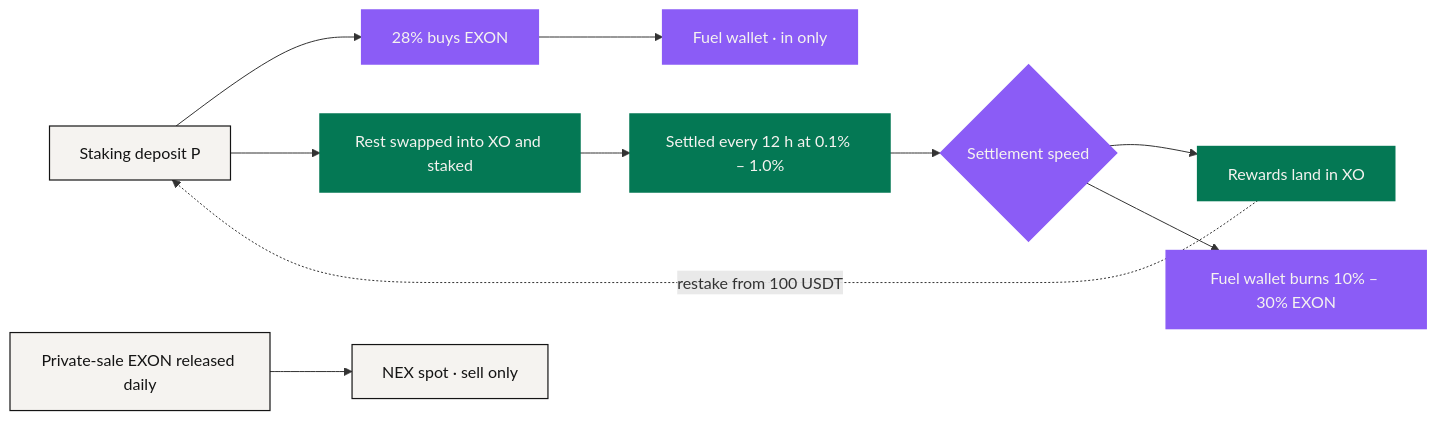
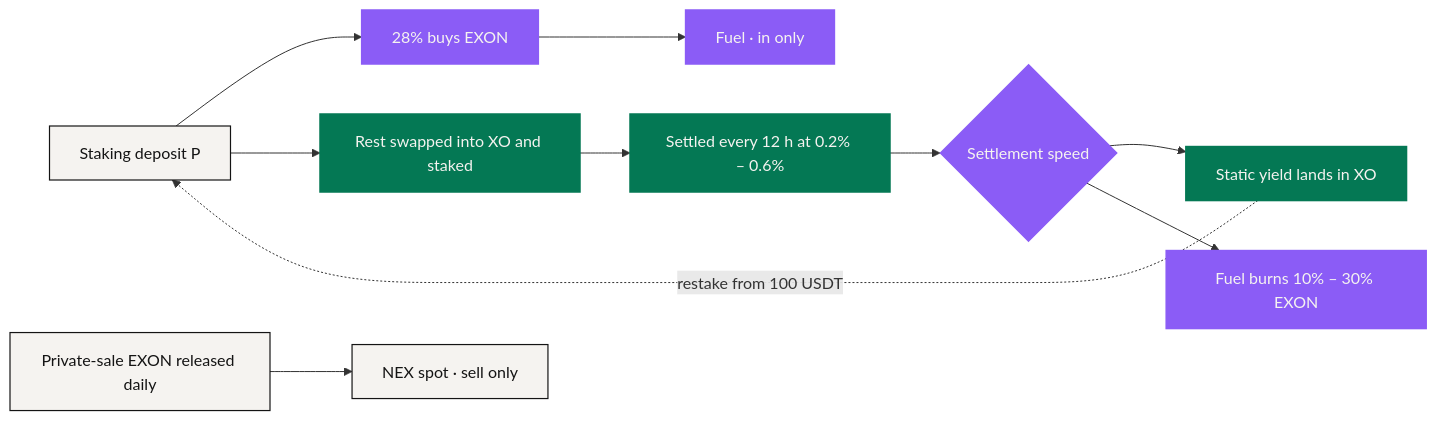
Before and after one commit to NEXONMarkets/NEXON-Whitepaper: the diagram in docs/en/05-tokenomics/value-flows.md, drawn with Mermaid. The commit also changed other lines of this file and 64 other files, not shown here.

First line of the commit message:
docs: 0916/0917 mechanism update — dynamic rewards in EXON, X Points, 5% sell fee, 0.2%–0.6% per settlement

````diff
--- a/docs/en/05-tokenomics/value-flows.md
+++ b/docs/en/05-tokenomics/value-flows.md
@@ -68,18 +68,18 @@
 ```mermaid
 flowchart LR
     P["Staking deposit P"] --> B["28% buys EXON"]
     P --> S["Rest swapped into XO and staked"]
-    B --> W["Fuel wallet · in only"]
-    S --> R["Settled every 12 h at 0.1% – 1.0%"]
+    B --> W["Fuel · in only"]
+    S --> R["Settled every 12 h at 0.2% – 0.6%"]
     R --> C{"Settlement speed"}
-    C --> N["Rewards land in XO"]
-    C --> X["Fuel wallet burns 10% – 30% EXON"]
+    C --> N["Static yield lands in XO"]
+    C --> X["Fuel burns 10% – 30% EXON"]
     N -. "restake from 100 USDT" .-> P
     V["Private-sale EXON released daily"] --> M["NEX spot · sell only"]
     classDef anchor fill:#047854,stroke:#047854,stroke-width:1.5px,color:#F5F3F0
     classDef engine fill:#8B5CF6,stroke:#8B5CF6,stroke-width:1.5px,color:#F5F3F0
     classDef solid  fill:#F5F3F0,stroke:#141414,stroke-width:1.2px,color:#141414
     class P,V,M solid
     class S,R,N anchor
     class B,W,C,X engine
 ```
````
